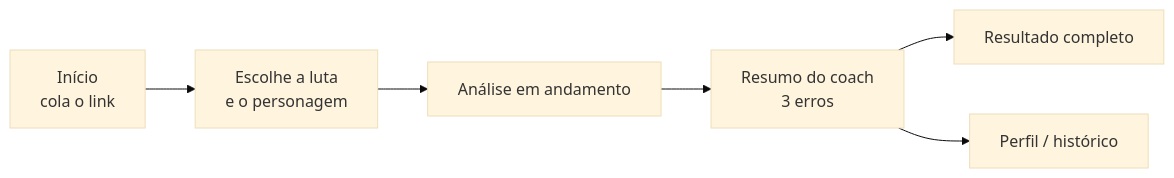
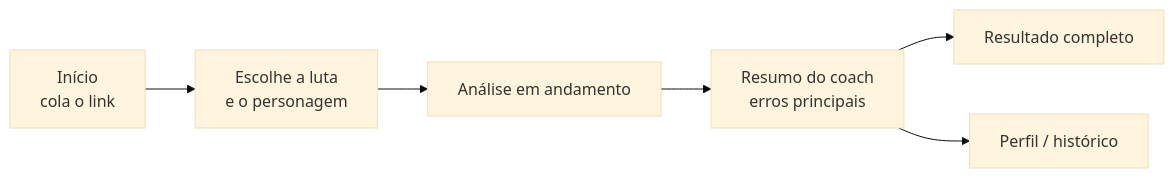
The diagram in docs/03-prototipo.md (jp4inbr/LogCoach), drawn with Mermaid (base theme) before and after one commit. The commit also changed other lines of this file and 14 other files, not shown here.

````diff
--- a/docs/03-prototipo.md
+++ b/docs/03-prototipo.md
@@ -9,8 +9,8 @@
 ```mermaid
 flowchart LR
     A[Início<br/>cola o link] --> B[Escolhe a luta<br/>e o personagem]
     B --> C[Análise em andamento]
-    C --> D[Resumo do coach<br/>3 erros]
+    C --> D[Resumo do coach<br/>erros principais]
     D --> E[Resultado completo]
     D --> F[Perfil / histórico]
 ```
````
